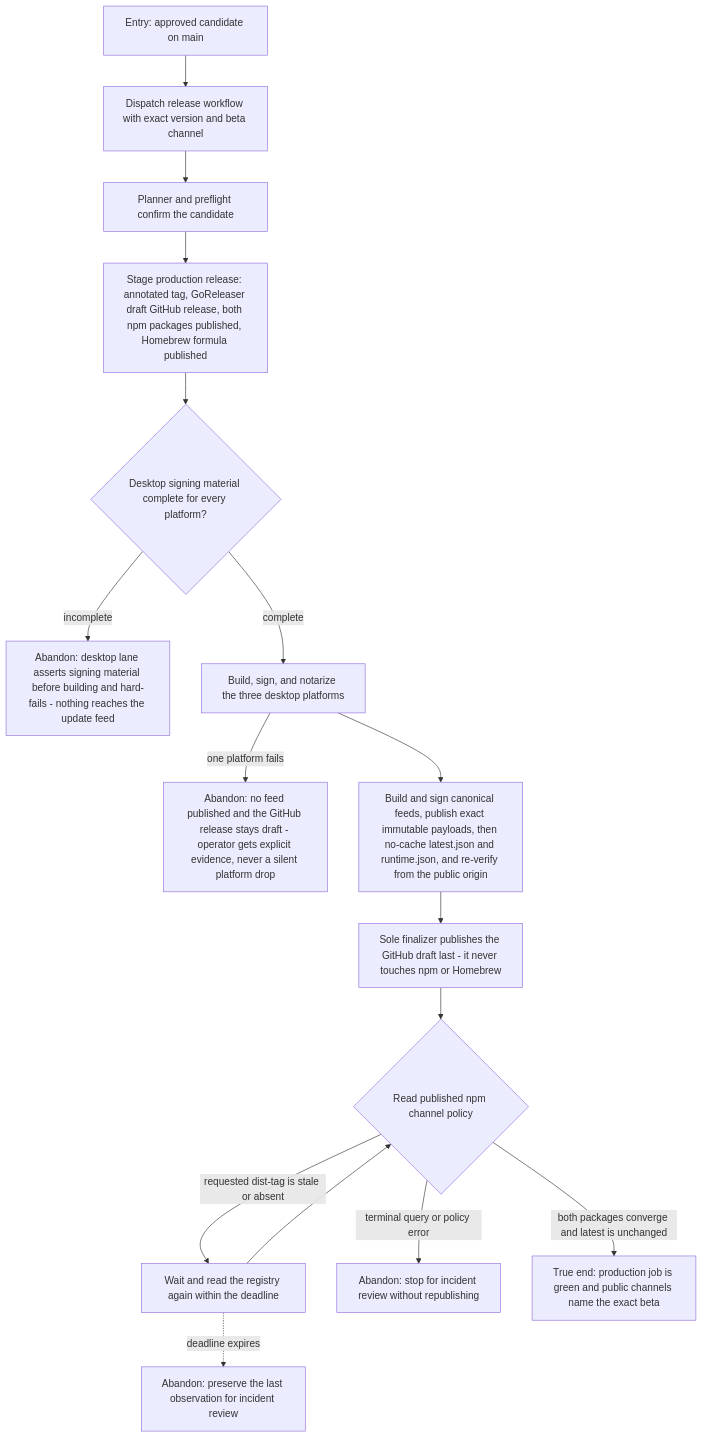
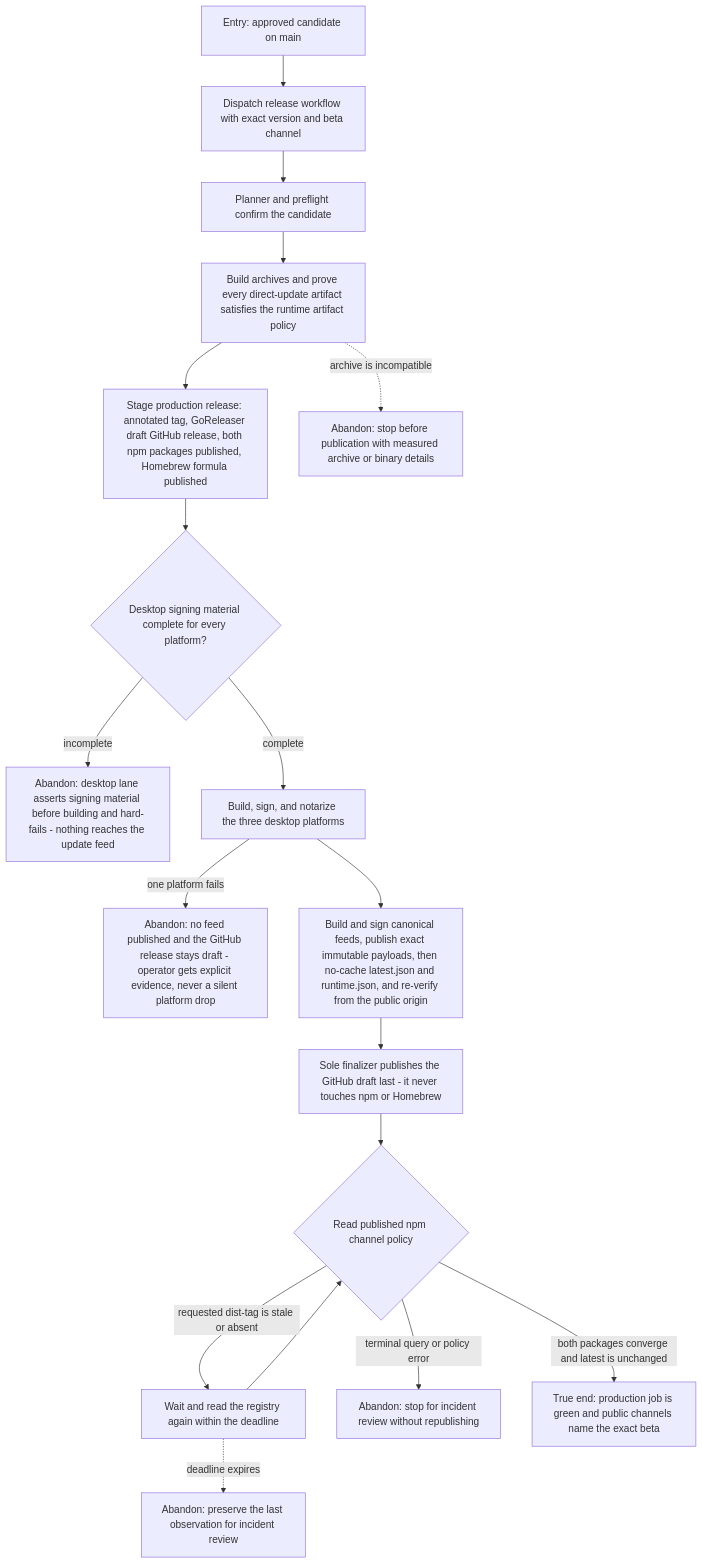
The diagram in docs/qa/journeys/J-publish-compozy-beta.md (compozy/compozy), drawn with Mermaid before and after one commit. The commit also changed other lines of this file and 20 other files, not shown here.

Commit message:
fix: align update artifacts with release policy

````diff
--- a/docs/qa/journeys/J-publish-compozy-beta.md
+++ b/docs/qa/journeys/J-publish-compozy-beta.md
@@ -3,18 +3,20 @@
 ```mermaid
 flowchart TD
     A[Entry: approved candidate on main] --> B[Dispatch release workflow with exact version and beta channel]
     B --> C[Planner and preflight confirm the candidate]
-    C --> D0[Stage production release: annotated tag, GoReleaser draft GitHub release, both npm packages published, Homebrew formula published]
+    C --> C0[Build archives and prove every direct-update artifact satisfies the runtime artifact policy]
+    C0 --> D0[Stage production release: annotated tag, GoReleaser draft GitHub release, both npm packages published, Homebrew formula published]
+    C0 -.->|archive is incompatible| X0[Abandon: stop before publication with measured archive or binary details]
     D0 --> C1{Desktop signing material complete for every platform?}
     C1 -->|incomplete| X3[Abandon: desktop lane asserts signing material before building and hard-fails - nothing reaches the update feed]
     C1 -->|complete| C2[Build, sign, and notarize the three desktop platforms]
     C2 -->|one platform fails| X4[Abandon: no feed published and the GitHub release stays draft - operator gets explicit evidence, never a silent platform drop]
     C2 --> C3[Build and sign canonical feeds, publish exact immutable payloads, then no-cache latest.json and runtime.json, and re-verify from the public origin]
     C3 --> D[Sole finalizer publishes the GitHub draft last - it never touches npm or Homebrew]
     D --> E{Read published npm channel policy}
     E -->|requested dist-tag is stale or absent| F[Wait and read the registry again within the deadline]
     F --> E
     E -->|terminal query or policy error| X1[Abandon: stop for incident review without republishing]
     E -->|both packages converge and latest is unchanged| G[True end: production job is green and public channels name the exact beta]
     F -.->|deadline expires| X2[Abandon: preserve the last observation for incident review]
 ```
````
